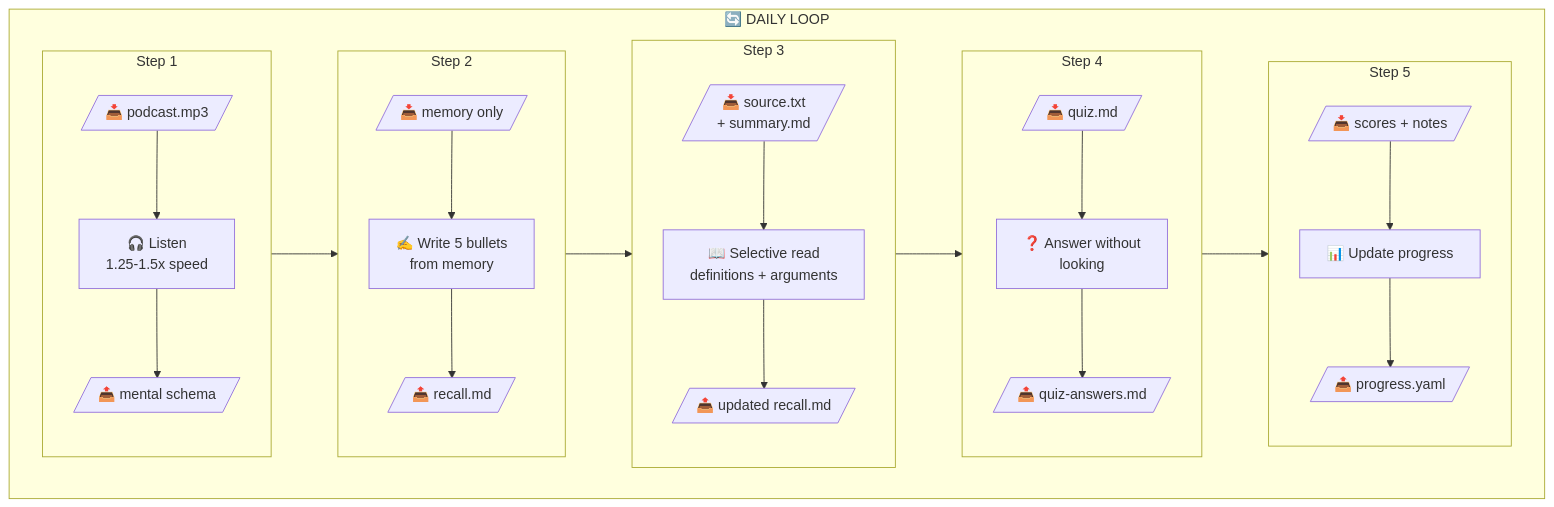
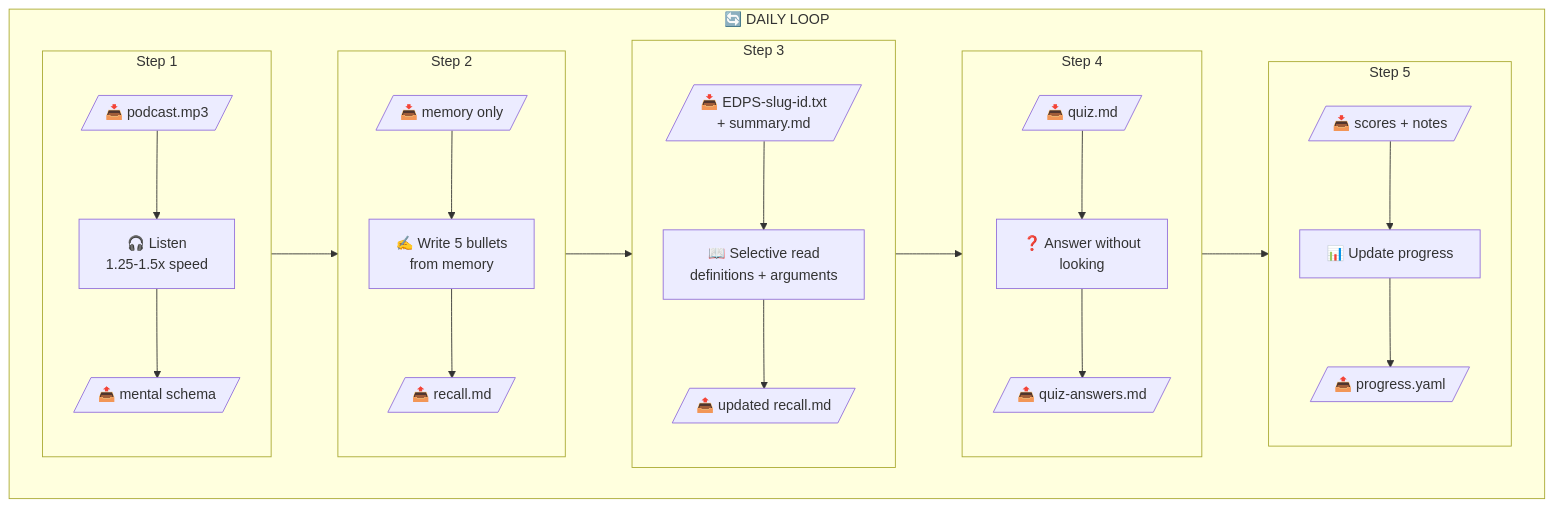
Before and after one commit to varunr89/edps-method: the second of 7 diagrams in docs/workflow-diagram.md, drawn with Mermaid. The commit also changed other lines of this file and 1 other file, not shown here.

First line of the commit message:
docs: update documentation for new source file naming

````diff
--- a/docs/workflow-diagram.md
+++ b/docs/workflow-diagram.md
@@ -337,43 +337,43 @@
 ```mermaid
 flowchart LR
     subgraph DAILY["🔄 DAILY LOOP"]
         direction LR
 
         subgraph LISTEN["Step 1"]
             L_IN[/"📥 podcast.mp3"/]
             L_ACT[🎧 Listen<br/>1.25-1.5x speed]
             L_OUT[/"📤 mental schema"/]
             L_IN --> L_ACT --> L_OUT
         end
 
         subgraph RECALL["Step 2"]
             R_IN[/"📥 memory only"/]
             R_ACT[✍️ Write 5 bullets<br/>from memory]
             R_OUT[/"📤 recall.md"/]
             R_IN --> R_ACT --> R_OUT
         end
 
         subgraph READ["Step 3"]
-            RD_IN[/"📥 source.txt<br/>+ summary.md"/]
+            RD_IN[/"📥 EDPS-slug-id.txt<br/>+ summary.md"/]
             RD_ACT[📖 Selective read<br/>definitions + arguments]
             RD_OUT[/"📤 updated recall.md"/]
             RD_IN --> RD_ACT --> RD_OUT
         end
 
         subgraph QUIZ["Step 4"]
             Q_IN[/"📥 quiz.md"/]
             Q_ACT[❓ Answer without<br/>looking]
             Q_OUT[/"📤 quiz-answers.md"/]
             Q_IN --> Q_ACT --> Q_OUT
         end
 
         subgraph TRACK["Step 5"]
             P_IN[/"📥 scores + notes"/]
             P_ACT[📊 Update progress]
             P_OUT[/"📤 progress.yaml"/]
             P_IN --> P_ACT --> P_OUT
         end
 
         LISTEN --> RECALL --> READ --> QUIZ --> TRACK
     end
 ```
````
